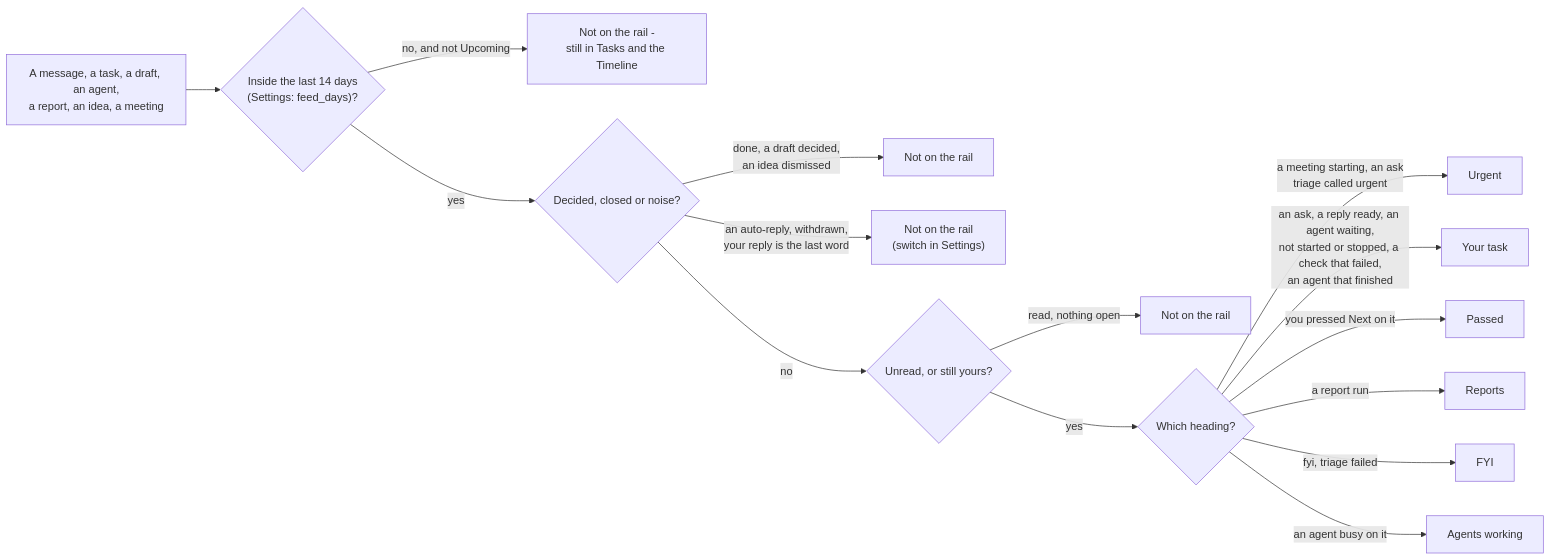
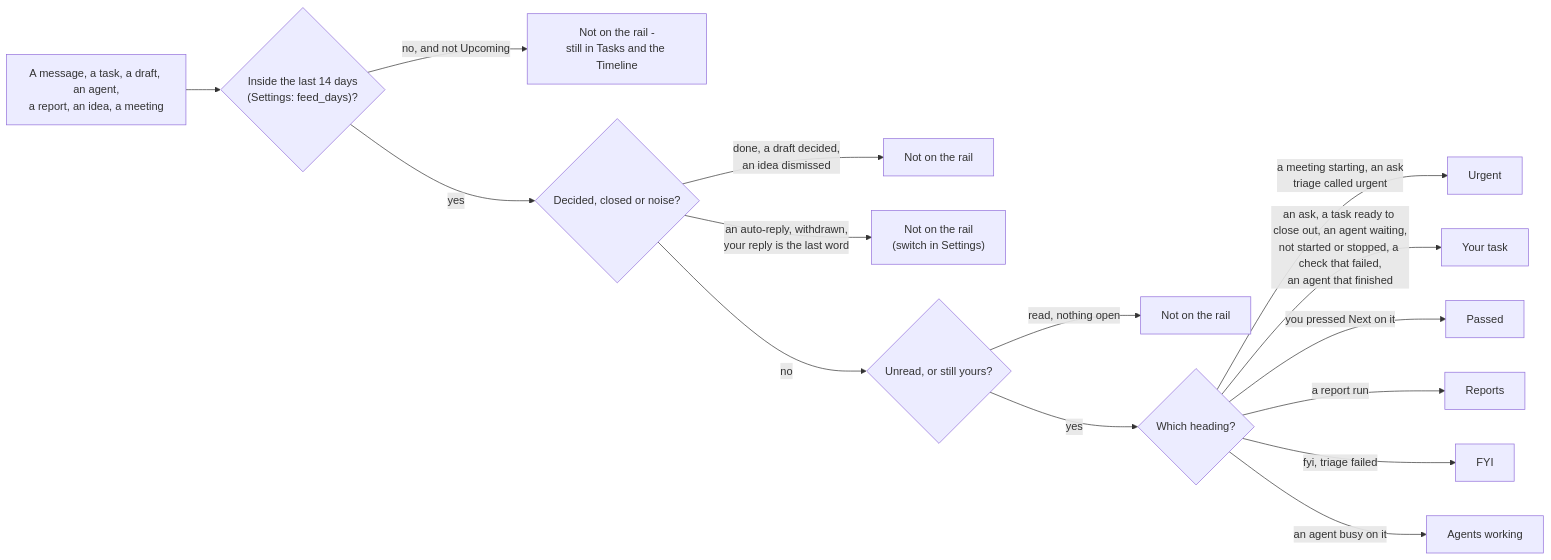
The first of 2 diagrams in docs/work-rail.md (ldbumble/taskuary), drawn with Mermaid before and after one commit. The commit also changed 33 other files, not shown here.

First line of the commit message:
feat: "ready to close out" is the one word for a task waiting on your yes, everywhere

````diff
--- a/docs/work-rail.md
+++ b/docs/work-rail.md
@@ -10,17 +10,17 @@
 ```mermaid
 flowchart LR
   I["A message, a task, a draft, an agent,<br/>a report, an idea, a meeting"] --> W{"Inside the last 14 days<br/>(Settings: feed_days)?"}
   W -->|no, and not Upcoming| X["Not on the rail -<br/>still in Tasks and the Timeline"]
   W -->|yes| D{"Decided, closed or noise?"}
   D -->|done, a draft decided,<br/>an idea dismissed| X2["Not on the rail"]
   D -->|an auto-reply, withdrawn,<br/>your reply is the last word| X3["Not on the rail<br/>(switch in Settings)"]
   D -->|no| U{"Unread, or still yours?"}
   U -->|read, nothing open| X4["Not on the rail"]
   U -->|yes| B{"Which heading?"}
   B -->|a meeting starting, an ask<br/>triage called urgent| B1["Urgent"]
-  B -->|an ask, a reply ready, an agent waiting,<br/>not started or stopped, a check that failed,<br/>an agent that finished| B2["Your task"]
+  B -->|an ask, a task ready to close out, an agent waiting,<br/>not started or stopped, a check that failed,<br/>an agent that finished| B2["Your task"]
   B -->|you pressed Next on it| B5["Passed"]
   B -->|a report run| B3["Reports"]
   B -->|fyi, triage failed| B4["FYI"]
   B -->|an agent busy on it| B6["Agents working"]
 ```
````
